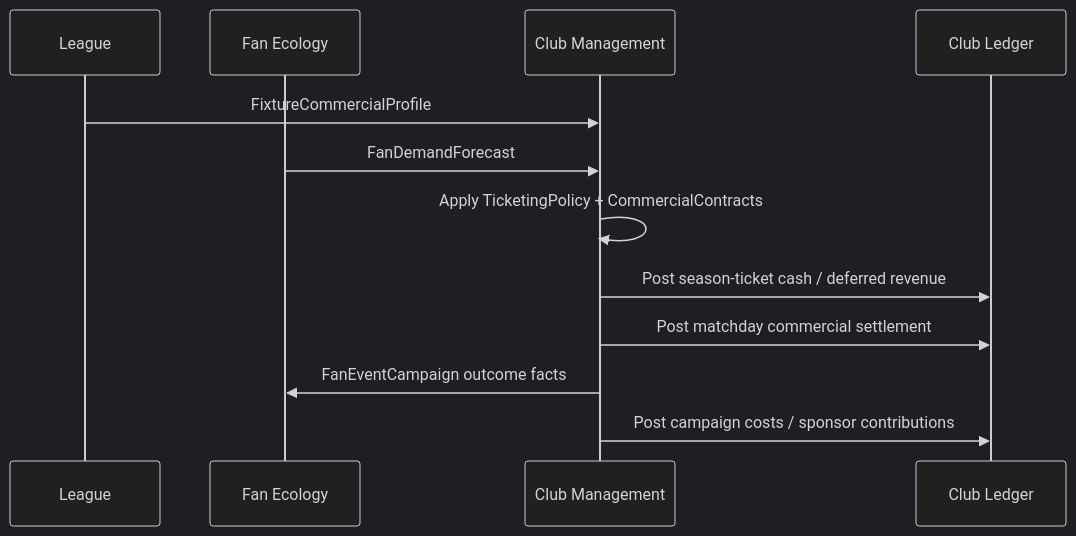
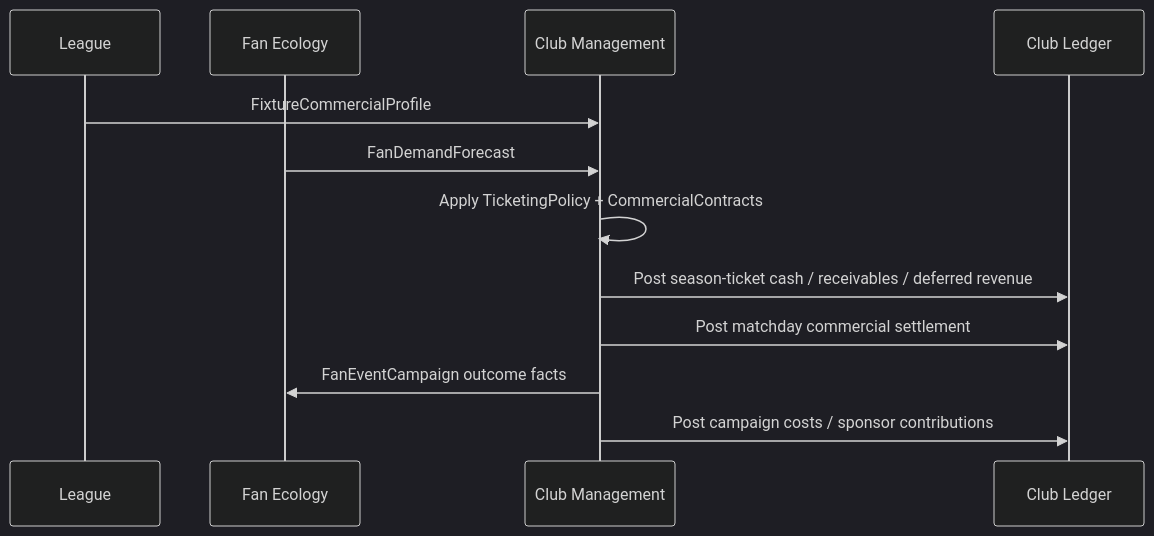
One commit to EtroxTaran/klubhaus-elf changed the diagram in docs/30-Implementation/club-economy-commercial-contracts.md. Above: the diagram before and after it, drawn with Mermaid (dark theme). The commit also changed other lines of this file and 13 other files, not shown here.

Commit message:
docs: anchor season ticket lifecycle accounting (#100)

````diff
--- a/docs/30-Implementation/club-economy-commercial-contracts.md
+++ b/docs/30-Implementation/club-economy-commercial-contracts.md
@@ -234,15 +301,15 @@
 ```mermaid
 sequenceDiagram
     participant League
     participant Fan as Fan Ecology
     participant Club as Club Management
     participant Ledger as Club Ledger
 
     League->>Club: FixtureCommercialProfile
     Fan->>Club: FanDemandForecast
     Club->>Club: Apply TicketingPolicy + CommercialContracts
-    Club->>Ledger: Post season-ticket cash / deferred revenue
+    Club->>Ledger: Post season-ticket cash / receivables / deferred revenue
     Club->>Ledger: Post matchday commercial settlement
     Club->>Fan: FanEventCampaign outcome facts
     Club->>Ledger: Post campaign costs / sponsor contributions
 ```
````
